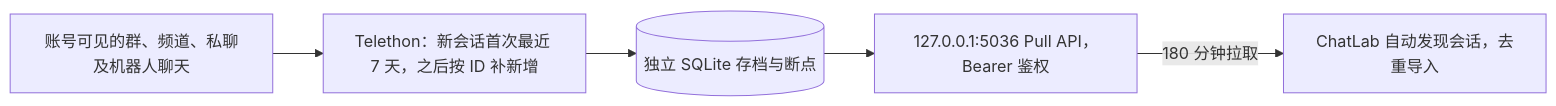
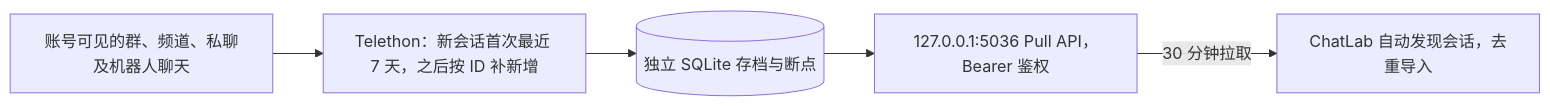
Before and after one commit to bufferducky/ChatLab: the diagram in integrations/telegram/README.md, drawn with Mermaid. The commit also changed other lines of this file and 42 other files, not shown here.

````diff
--- a/integrations/telegram/README.md
+++ b/integrations/telegram/README.md
@@ -5,7 +5,7 @@
 ```mermaid
 flowchart LR
     TG["账号可见的群、频道、私聊及机器人聊天"] --> C["Telethon：新会话首次最近 7 天，之后按 ID 补新增"]
     C --> DB[("独立 SQLite 存档与断点")]
     DB --> API["127.0.0.1:5036 Pull API，Bearer 鉴权"]
-    API -->|"180 分钟拉取"| CL["ChatLab 自动发现会话，去重导入"]
+    API -->|"30 分钟拉取"| CL["ChatLab 自动发现会话，去重导入"]
 ```
````
